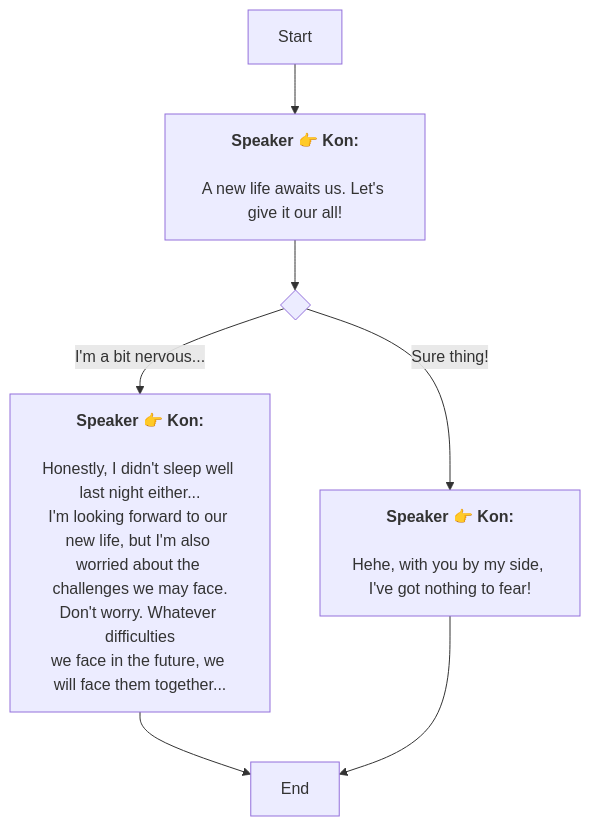
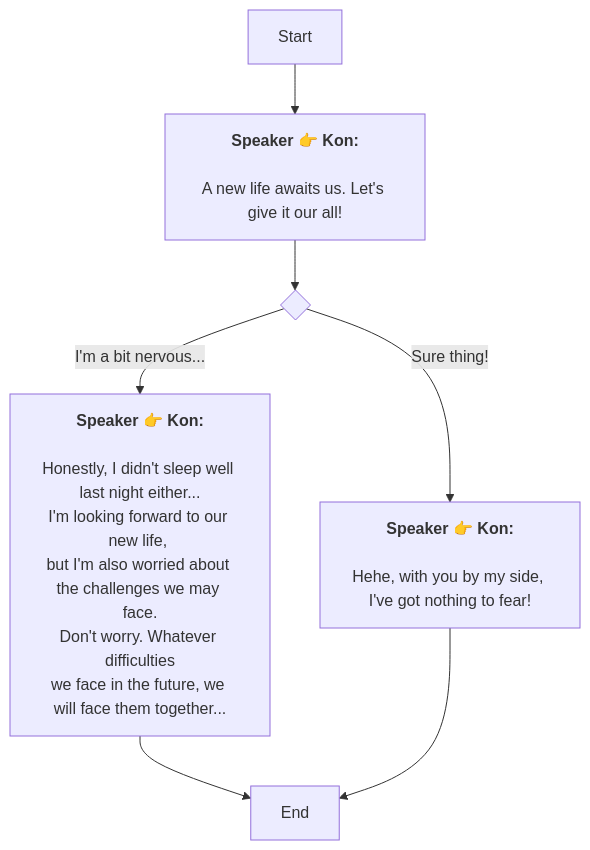
The diagram in En/AddDialogNode_1739604715000012.md (SoftHu/tos_avg), drawn with Mermaid before and after one commit. The commit also changed 312 other files, not shown here.

````diff
--- a/En/AddDialogNode_1739604715000012.md
+++ b/En/AddDialogNode_1739604715000012.md
@@ -1,19 +1,20 @@
 ```mermaid
 graph
 Start -->1739604959410383[<b>Speaker 👉 Kon:</b>
 
 A new life awaits us. Let's give it our all!]
 1739604959410383 -->1739606138329283{ }
 1739606138329283 -->|I'm a bit nervous...|1739607005541577[<b>Speaker 👉 Kon:</b>
 
 Honestly, I didn't sleep well last night either...
-I'm looking forward to our new life, but I'm also worried about the challenges we may face.
+I'm looking forward to our new life, 
+but I'm also worried about the challenges we may face.
 Don't worry. Whatever difficulties
 we face in the future, we will face them together...]
 1739606138329283 -->|Sure thing!|1739610483867850[<b>Speaker 👉 Kon:</b>
 
 Hehe, with you by my side, I've got nothing to fear!]
 1739607005541577 -->1739675679144139[End]
 1739610483867850 -->1739675679144139[End]
 
  ```
````
